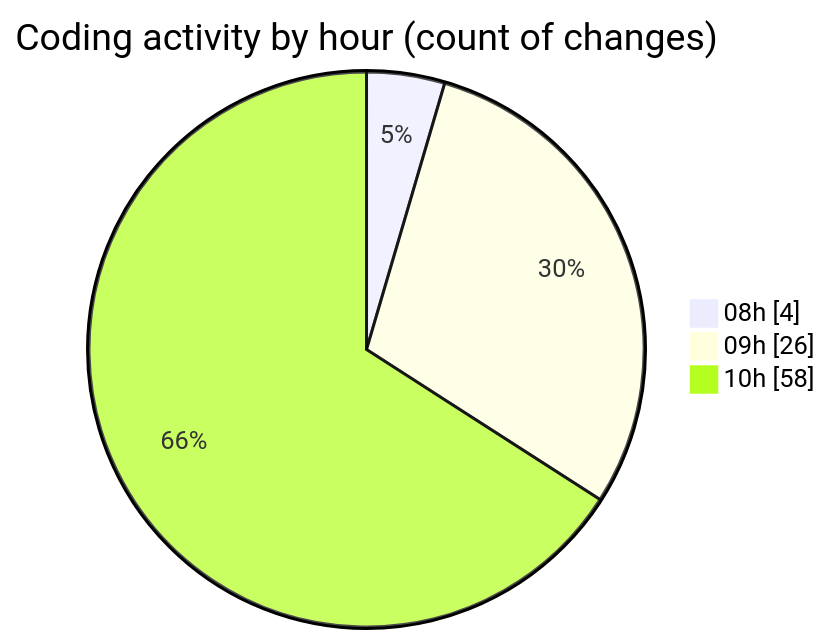
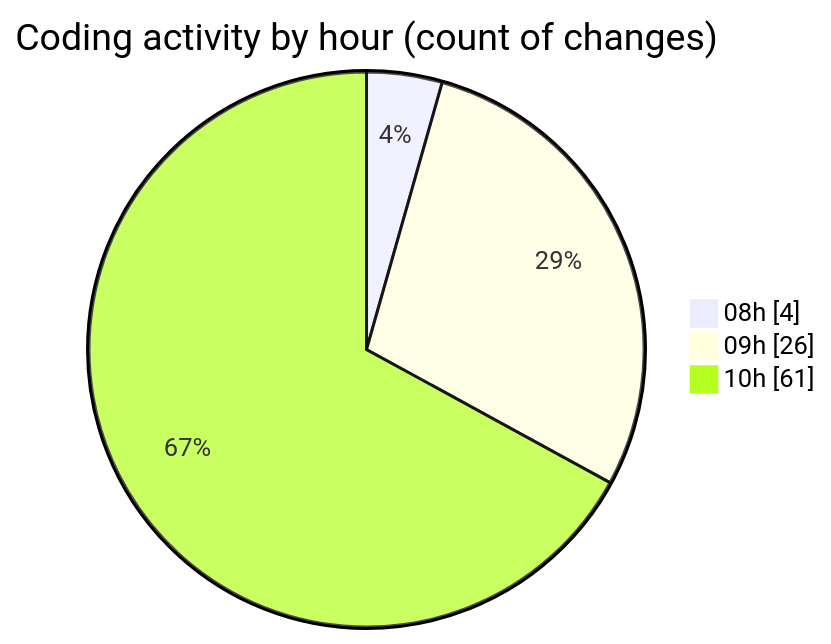
Before and after one commit to becaeroporto-bot/code-tracking: the second of 2 diagrams in 2026-02-19/bot_v1_2/README.md, drawn with Mermaid. The commit also changed other lines of this file and 1 other file, not shown here.

````diff
--- a/2026-02-19/bot_v1_2/README.md
+++ b/2026-02-19/bot_v1_2/README.md
@@ -35,7 +36,7 @@
 ```mermaid
 pie showData
 title Coding activity by hour (count of changes)
 "08h" : 4
 "09h" : 26
-"10h" : 58
+"10h" : 61
 ```
````
